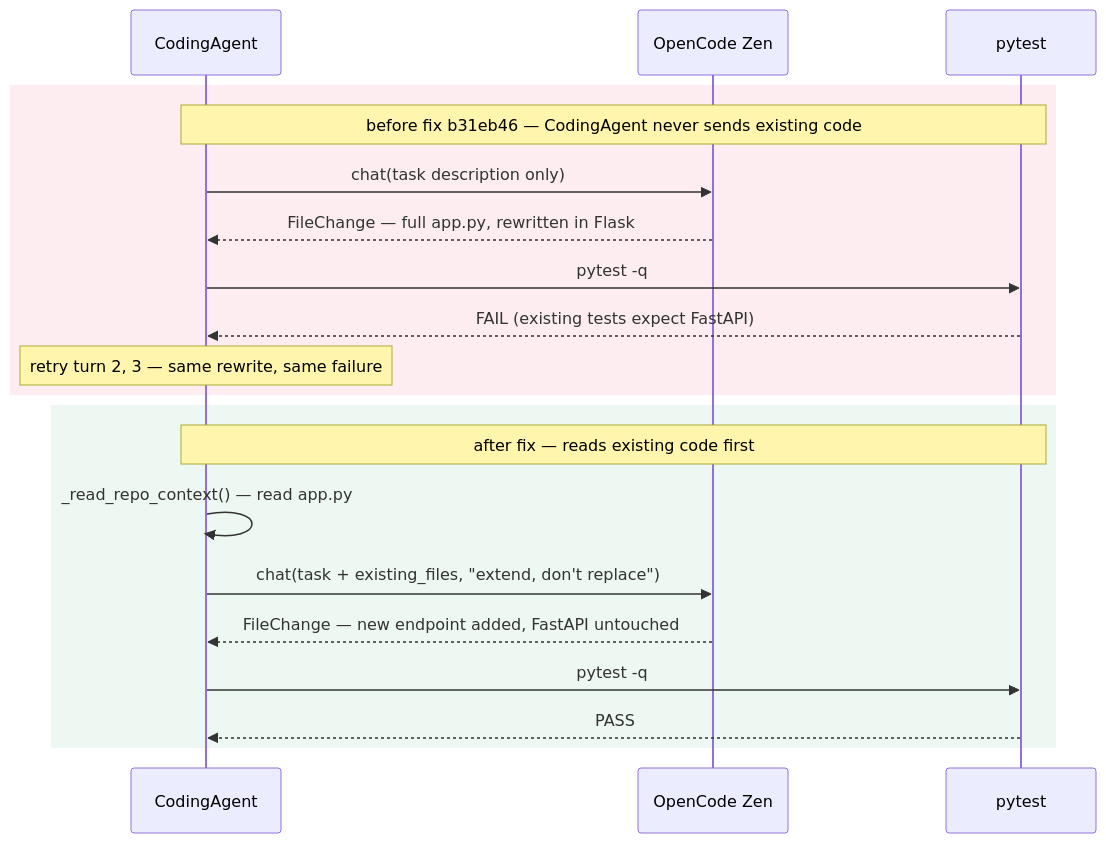
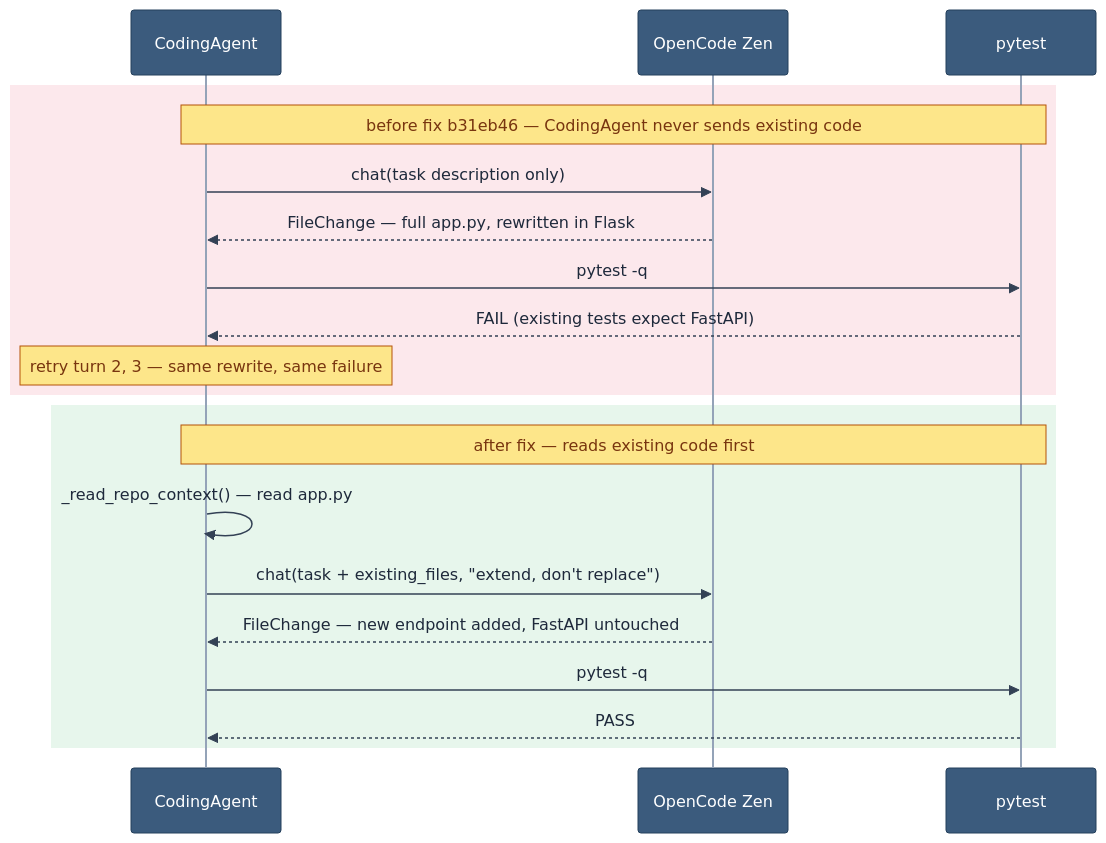
One commit to lorenzogirardi/agentic-sdlc changed the eighth of 9 diagrams in docs/demo/burning-ship-storytelling.md. Above: the diagram before and after it, drawn with Mermaid. The commit also changed other lines of this file and 1 other file, not shown here.

First line of the commit message:
Color-code all diagrams: actors, platform, external systems, outcomes

````diff
--- a/docs/demo/burning-ship-storytelling.md
+++ b/docs/demo/burning-ship-storytelling.md
@@ -275,23 +317,24 @@
 ```mermaid
+%%{init: {'theme':'base', 'themeVariables': {'primaryColor':'#ff6b35','primaryBorderColor':'#c9451f','primaryTextColor':'#ffffff','actorBkg':'#3b5b7d','actorBorder':'#24405c','actorTextColor':'#ffffff','actorLineColor':'#94a3b8','signalColor':'#334155','signalTextColor':'#1e293b','labelBoxBkgColor':'#ff6b35','labelBoxBorderColor':'#c9451f','labelTextColor':'#ffffff','loopTextColor':'#334155','noteBkgColor':'#fde68a','noteBorderColor':'#b45309','noteTextColor':'#78350f','activationBorderColor':'#c9451f','activationBkgColor':'#ffd9c2','sequenceNumberColor':'#ffffff'}}}%%
 sequenceDiagram
     participant CA as CodingAgent
     participant LLM as OpenCode Zen
     participant Tests as pytest
 
-    rect rgba(225,29,72,0.08)
+    rect rgba(225,29,72,0.10)
     Note over CA,Tests: before fix b31eb46 — CodingAgent never sends existing code
     CA->>LLM: chat(task description only)
     LLM-->>CA: FileChange — full app.py, rewritten in Flask
     CA->>Tests: pytest -q
     Tests-->>CA: FAIL (existing tests expect FastAPI)
     Note over CA: retry turn 2, 3 — same rewrite, same failure
     end
-    rect rgba(22,163,74,0.08)
+    rect rgba(22,163,74,0.10)
     Note over CA,Tests: after fix — reads existing code first
     CA->>CA: _read_repo_context() — read app.py
     CA->>LLM: chat(task + existing_files, "extend, don't replace")
     LLM-->>CA: FileChange — new endpoint added, FastAPI untouched
     CA->>Tests: pytest -q
     Tests-->>CA: PASS
     end
 ```
````
